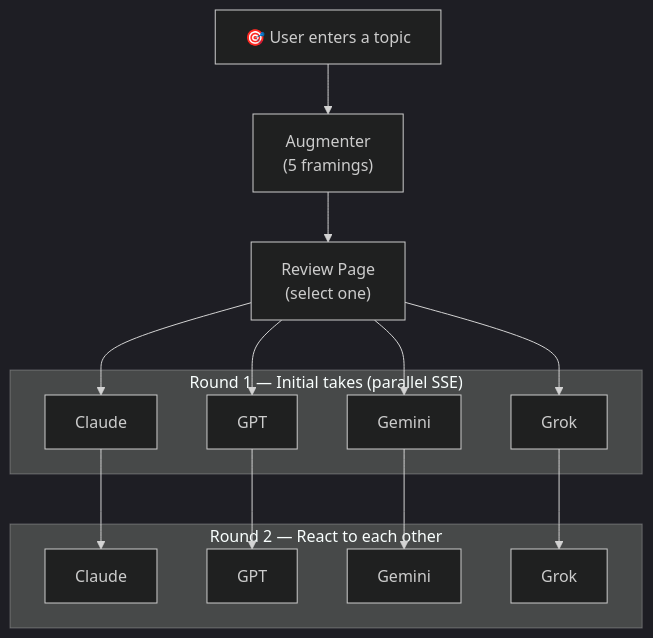
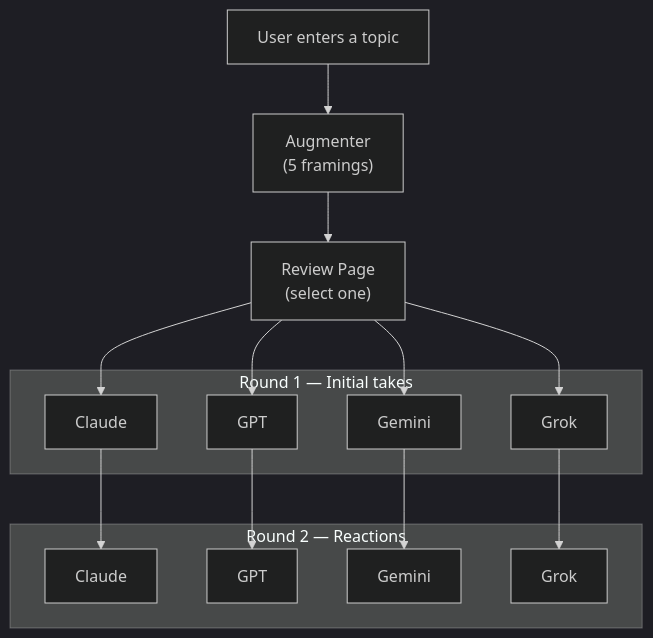
The diagram in README.md (jalemieux/conversation_with_ai), drawn with Mermaid (dark theme) before and after one commit. The commit also changed other lines of this file and 1 other file, not shown here.

First line of the commit message:
docs: add TTS feature to architecture docs and README

````diff
--- a/README.md
+++ b/README.md
@@ -11,19 +11,19 @@
 ```mermaid
 flowchart TD
-    A["🎯 User enters a topic"] --> B["Augmenter\n(5 framings)"]
-    B --> C["Review Page\n(select one)"]
+    A["User enters a topic"] --> B["Augmenter<br/>(5 framings)"]
+    B --> C["Review Page<br/>(select one)"]
     C --> D1["Claude"] & D2["GPT"] & D3["Gemini"] & D4["Grok"]
 
-    subgraph "Round 1 — Initial takes (parallel SSE)"
+    subgraph R1["Round 1 — Initial takes"]
         D1 & D2 & D3 & D4
     end
 
     D1 --> E1["Claude"]
     D2 --> E2["GPT"]
     D3 --> E3["Gemini"]
     D4 --> E4["Grok"]
 
-    subgraph "Round 2 — React to each other"
+    subgraph R2["Round 2 — Reactions"]
         E1 & E2 & E3 & E4
     end
 ```
````
